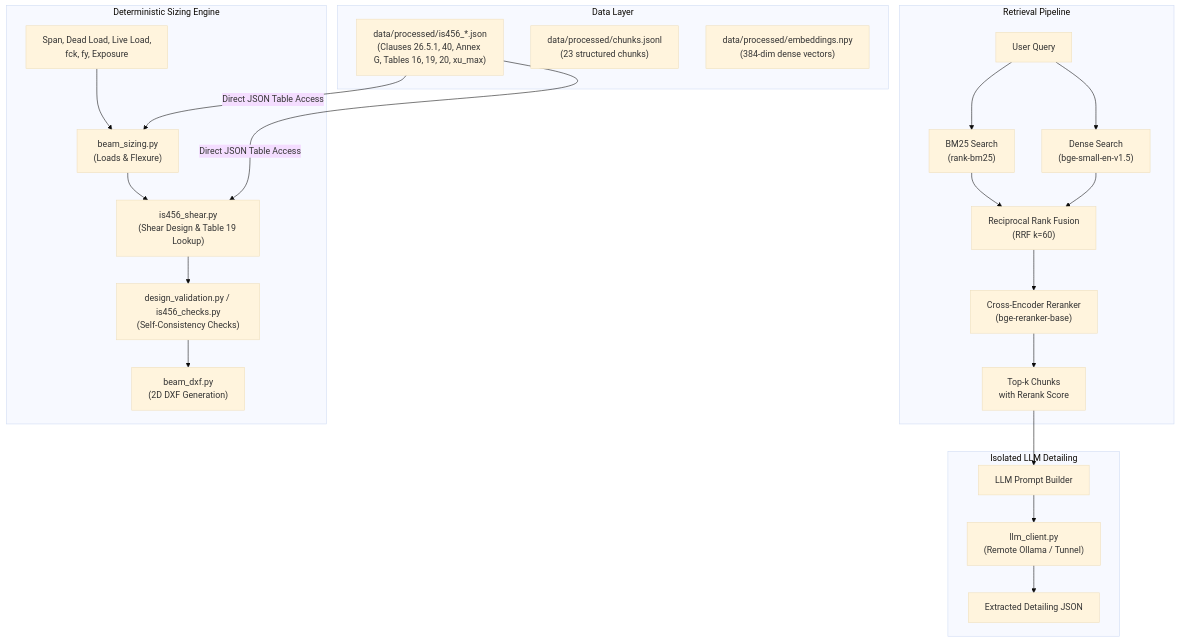
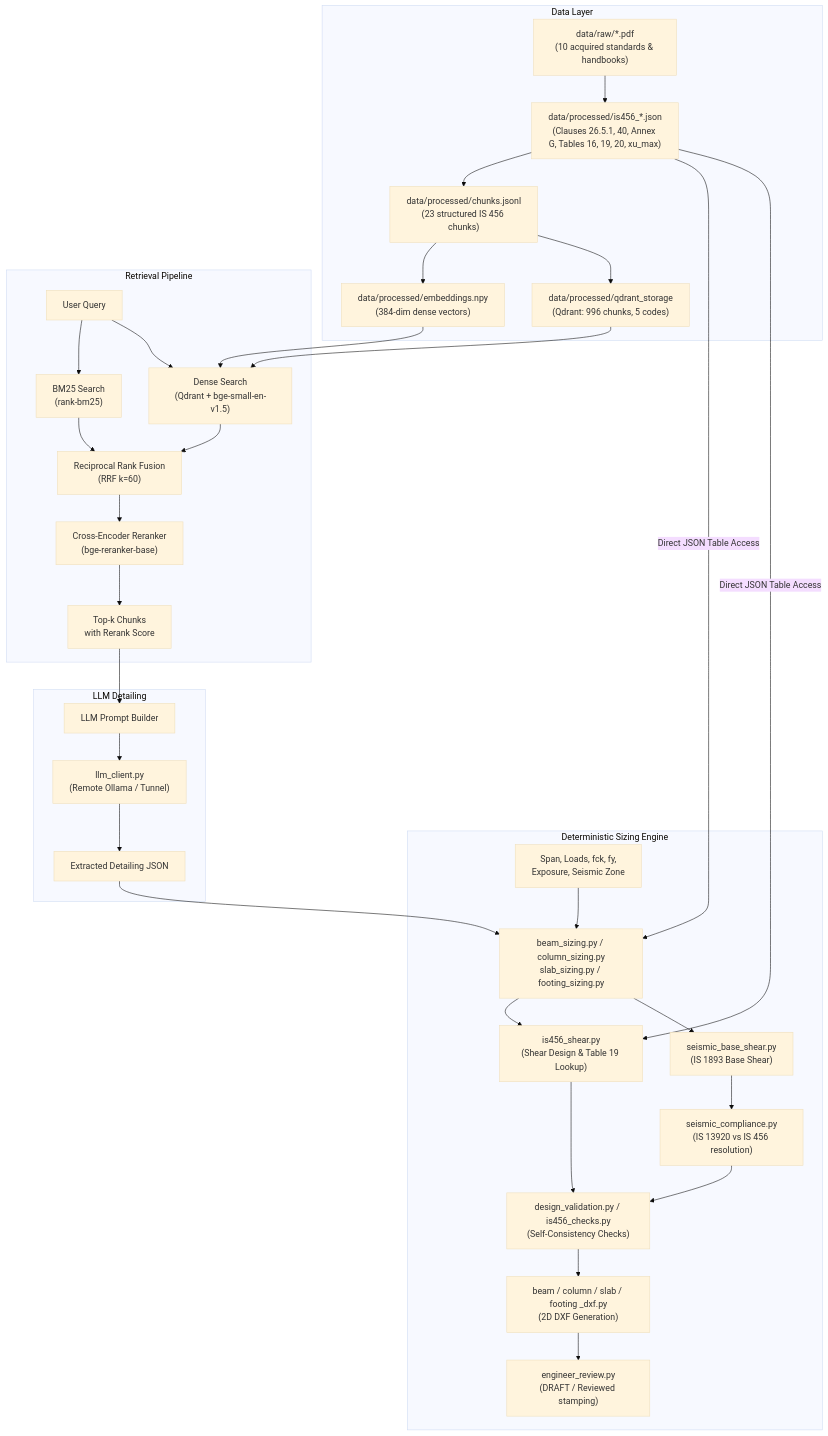
The diagram in docs/ARCHITECTURE.md (rounaqq/is-code-rag), drawn with Mermaid (base theme) before and after one commit. The commit also changed other lines of this file and 73 other files, not shown here.

````diff
--- a/docs/ARCHITECTURE.md
+++ b/docs/ARCHITECTURE.md
@@ -15,32 +17,45 @@
 ```mermaid
 flowchart TD
     subgraph Data Layer
+        P0["data/raw/*.pdf\n(10 acquired standards & handbooks)"]
         P1["data/processed/is456_*.json\n(Clauses 26.5.1, 40, Annex G, Tables 16, 19, 20, xu_max)"]
-        P2["data/processed/chunks.jsonl\n(23 structured chunks)"]
+        P2["data/processed/chunks.jsonl\n(23 structured IS 456 chunks)"]
         P3["data/processed/embeddings.npy\n(384-dim dense vectors)"]
+        P4["data/processed/qdrant_storage\n(Qdrant: 996 chunks, 5 codes)"]
+        P0 --> P1
+        P1 --> P2
+        P2 --> P3
+        P2 --> P4
     end
 
     subgraph Retrieval Pipeline
         Q["User Query"] --> BM25["BM25 Search\n(rank-bm25)"]
-        Q --> Dense["Dense Search\n(bge-small-en-v1.5)"]
+        Q --> Dense["Dense Search\n(Qdrant + bge-small-en-v1.5)"]
+        P4 --> Dense
+        P3 --> Dense
         BM25 --> RRF["Reciprocal Rank Fusion\n(RRF k=60)"]
         Dense --> RRF
         RRF --> Reranker["Cross-Encoder Reranker\n(bge-reranker-base)"]
         Reranker --> Results["Top-k Chunks\nwith Rerank Score"]
     end
 
     subgraph Deterministic Sizing Engine
-        Inputs["Span, Dead Load, Live Load,\nfck, fy, Exposure"] --> Sizing["beam_sizing.py\n(Loads & Flexure)"]
+        Inputs["Span, Loads, fck, fy,\nExposure, Seismic Zone"] --> Sizing["beam_sizing.py / column_sizing.py\nslab_sizing.py / footing_sizing.py"]
         P1 -->|Direct JSON Table Access| Sizing
         Sizing --> Shear["is456_shear.py\n(Shear Design & Table 19 Lookup)"]
         P1 -->|Direct JSON Table Access| Shear
+        Sizing --> Seismic["seismic_base_shear.py\n(IS 1893 Base Shear)"]
+        Seismic --> Compliance["seismic_compliance.py\n(IS 13920 vs IS 456 resolution)"]
         Shear --> Validation["design_validation.py / is456_checks.py\n(Self-Consistency Checks)"]
-        Validation --> CAD["beam_dxf.py\n(2D DXF Generation)"]
+        Compliance --> Validation
+        Validation --> CAD["beam / column / slab / footing _dxf.py\n(2D DXF Generation)"]
+        CAD --> Review["engineer_review.py\n(DRAFT / Reviewed stamping)"]
     end
 
-    subgraph Isolated LLM Detailing
+    subgraph LLM Detailing
         Results --> LLM_Prompt["LLM Prompt Builder"]
         LLM_Prompt --> LLM_Client["llm_client.py\n(Remote Ollama / Tunnel)"]
         LLM_Client --> LLM_Out["Extracted Detailing JSON"]
+        LLM_Out --> Sizing
     end
 ```
````
